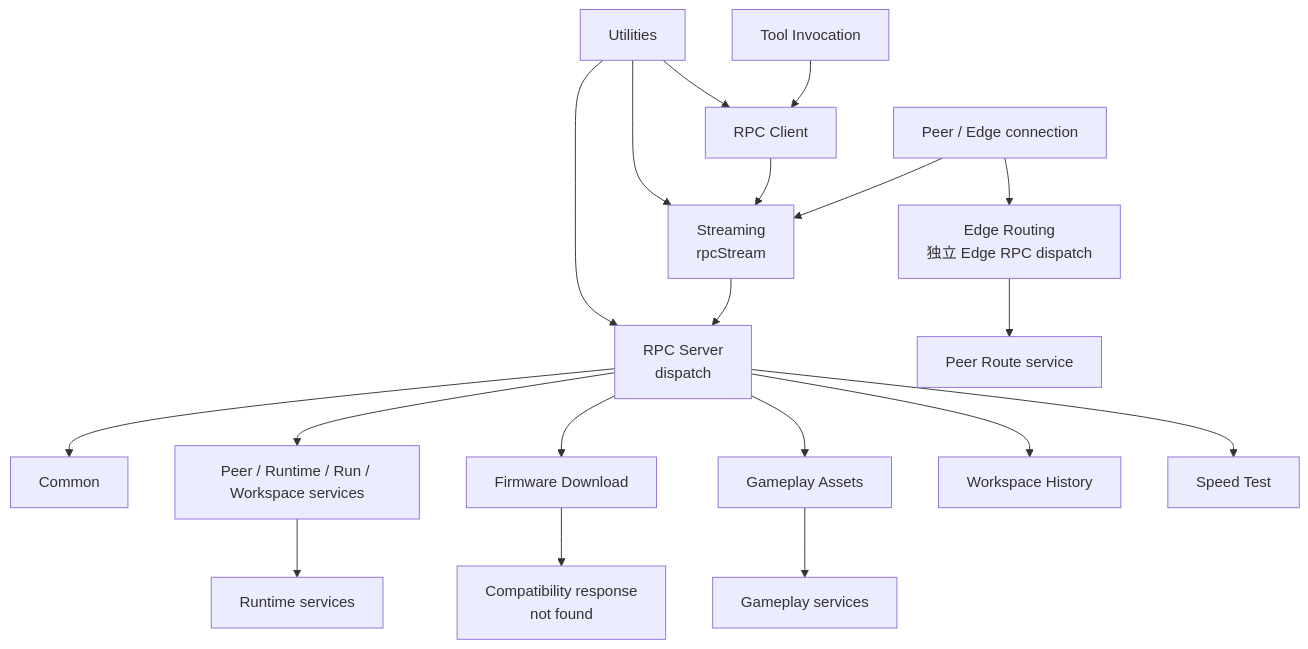
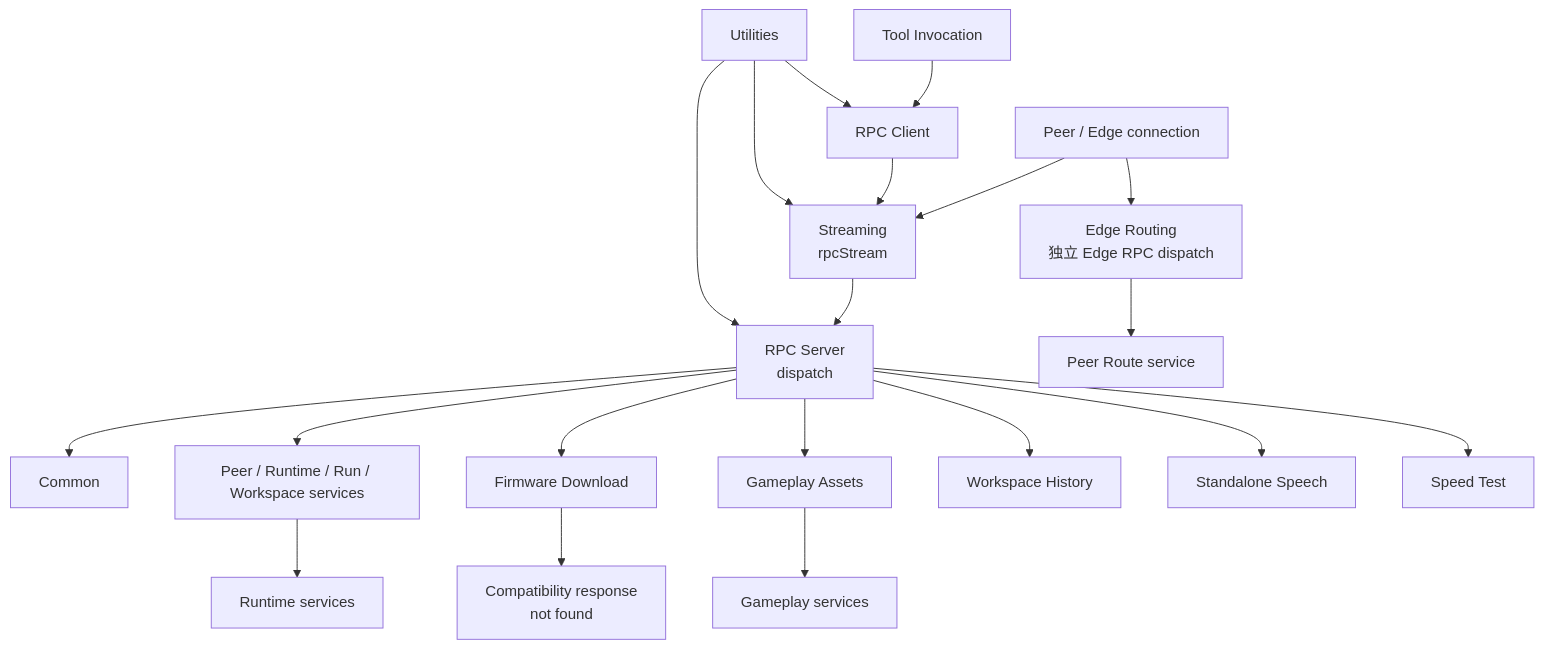
One commit to GizClaw/gizclaw changed the diagram in guides/zh/developing/gizclaw/rpc/overview.md. Above: the diagram before and after it, drawn with Mermaid. The commit also changed other lines of this file and 290 other files, not shown here.

First line of the commit message:
runtime: deliver profile resources and standalone speech RPCs (#416)

````diff
--- a/guides/zh/developing/gizclaw/rpc/overview.md
+++ b/guides/zh/developing/gizclaw/rpc/overview.md
@@ -23,24 +25,25 @@
 ```mermaid
 flowchart TB
     Connection["Peer / Edge connection"] --> Stream["Streaming<br/>rpcStream"]
 
     Client["RPC Client"] --> Stream
     Stream --> Server["RPC Server<br/>dispatch"]
     Server --> Common["Common"]
     Server --> Runtime["Peer / Runtime / Run / Workspace services"]
     Server --> Firmware["Firmware Download"]
     Server --> Gameplay["Gameplay Assets"]
     Server --> History["Workspace History"]
+    Server --> Speech["Standalone Speech"]
     Server --> Speed["Speed Test"]
     Connection --> Edge["Edge Routing<br/>独立 Edge RPC dispatch"]
 
     Tool["Tool Invocation"] --> Client
     Utilities["Utilities"] --> Client
     Utilities --> Server
     Utilities --> Stream
 
     Runtime --> RuntimeServices["Runtime services"]
     Firmware --> Compat["Compatibility response<br/>not found"]
     Gameplay --> GameplaySvc["Gameplay services"]
     Edge --> Routes["Peer Route service"]
 ```
````
